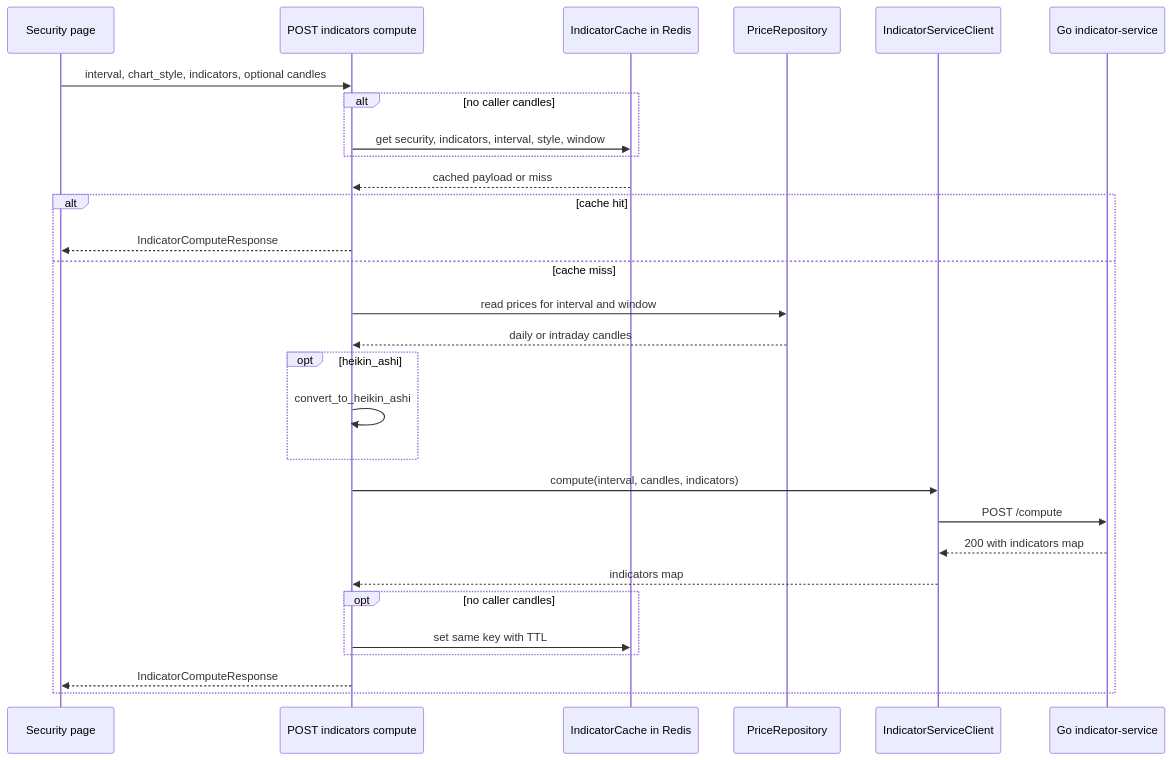
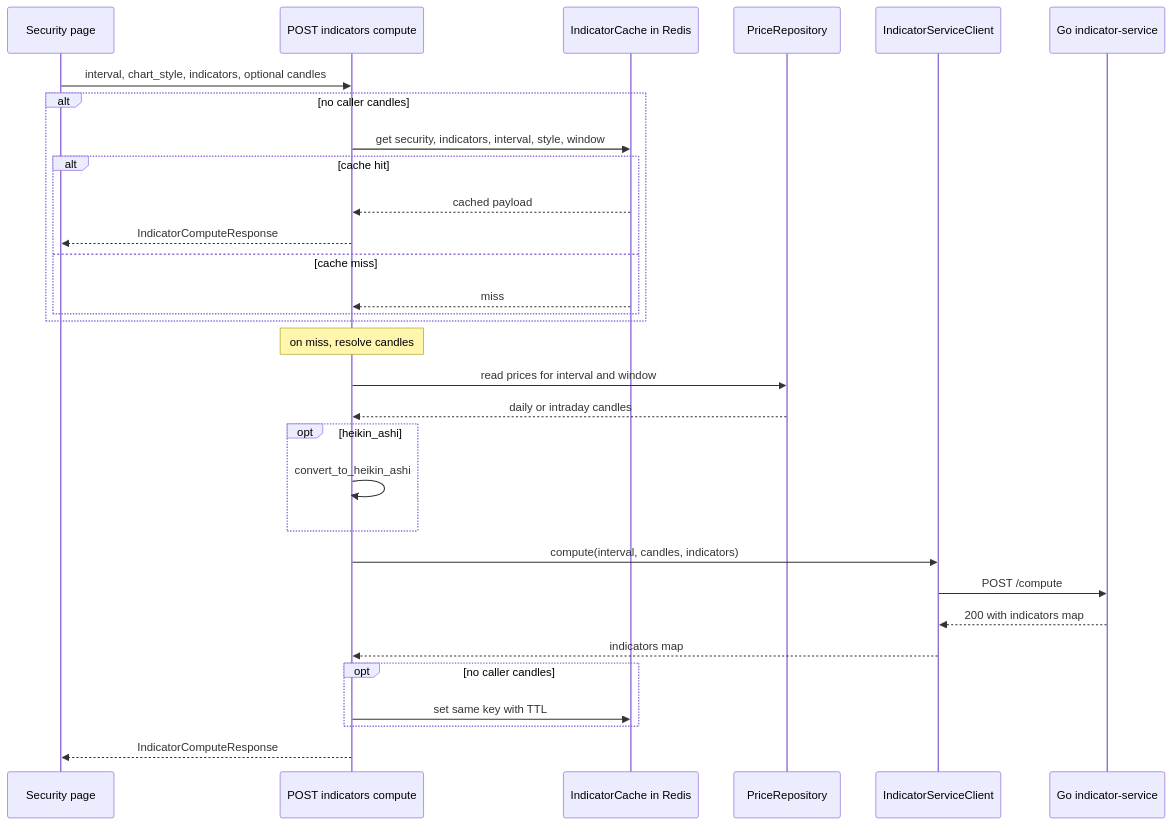
Before and after one commit to havekes/retail-portfolio: the second of 2 diagrams in openwiki/workflows/market-data-and-indicators.md, drawn with Mermaid. The commit also changed other lines of this file and 48 other files, not shown here.

````diff
--- a/openwiki/workflows/market-data-and-indicators.md
+++ b/openwiki/workflows/market-data-and-indicators.md
@@ -179,32 +183,34 @@
 ```mermaid
 sequenceDiagram
     participant Page as Security page
     participant Route as POST indicators compute
     participant Cache as IndicatorCache in Redis
     participant Repo as PriceRepository
     participant Client as IndicatorServiceClient
     participant Sidecar as Go indicator-service
 
     Page->>Route: interval, chart_style, indicators, optional candles
     alt no caller candles
         Route->>Cache: get security, indicators, interval, style, window
+        alt cache hit
+            Cache-->>Route: cached payload
+            Route-->>Page: IndicatorComputeResponse
+        else cache miss
+            Cache-->>Route: miss
+        end
     end
-    Cache-->>Route: cached payload or miss
-    alt cache hit
-        Route-->>Page: IndicatorComputeResponse
-    else cache miss
-        Route->>Repo: read prices for interval and window
-        Repo-->>Route: daily or intraday candles
-        opt heikin_ashi
-            Route->>Route: convert_to_heikin_ashi
-        end
-        Route->>Client: compute(interval, candles, indicators)
-        Client->>Sidecar: POST /compute
-        Sidecar-->>Client: 200 with indicators map
-        Client-->>Route: indicators map
-        opt no caller candles
-            Route->>Cache: set same key with TTL
-        end
-        Route-->>Page: IndicatorComputeResponse
+    Note over Route: on miss, resolve candles
+    Route->>Repo: read prices for interval and window
+    Repo-->>Route: daily or intraday candles
+    opt heikin_ashi
+        Route->>Route: convert_to_heikin_ashi
     end
+    Route->>Client: compute(interval, candles, indicators)
+    Client->>Sidecar: POST /compute
+    Sidecar-->>Client: 200 with indicators map
+    Client-->>Route: indicators map
+    opt no caller candles
+        Route->>Cache: set same key with TTL
+    end
+    Route-->>Page: IndicatorComputeResponse
 ```
````
